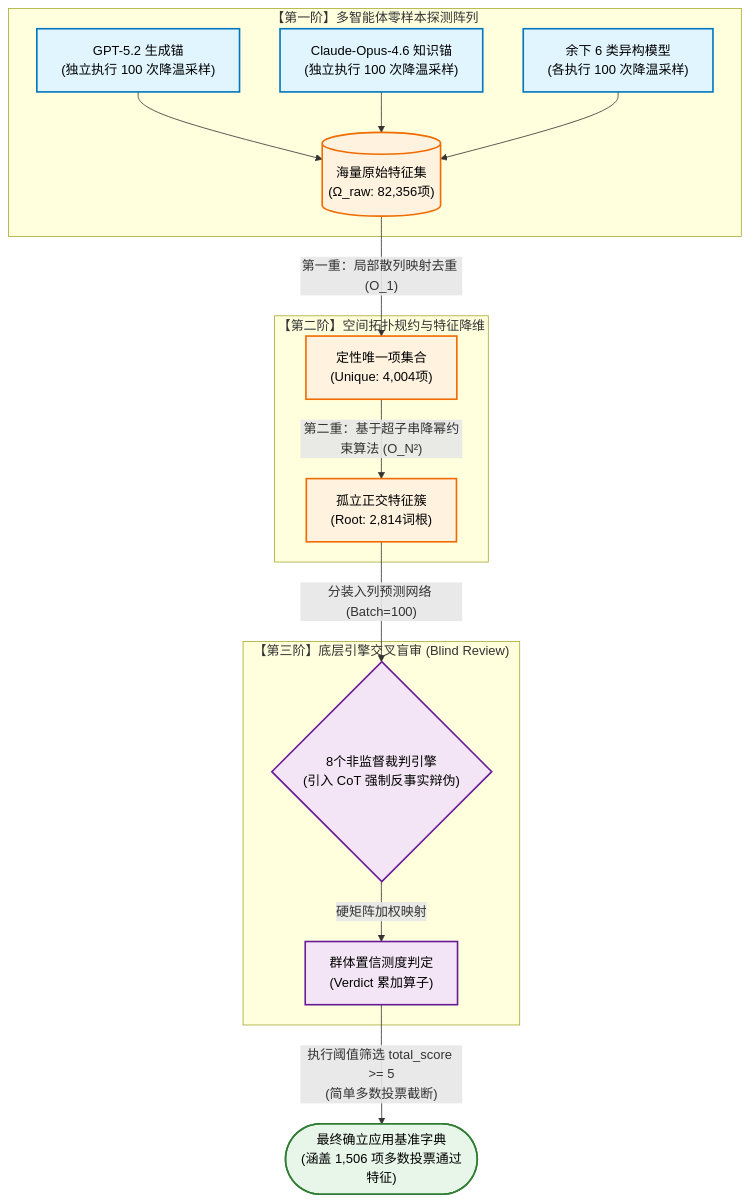
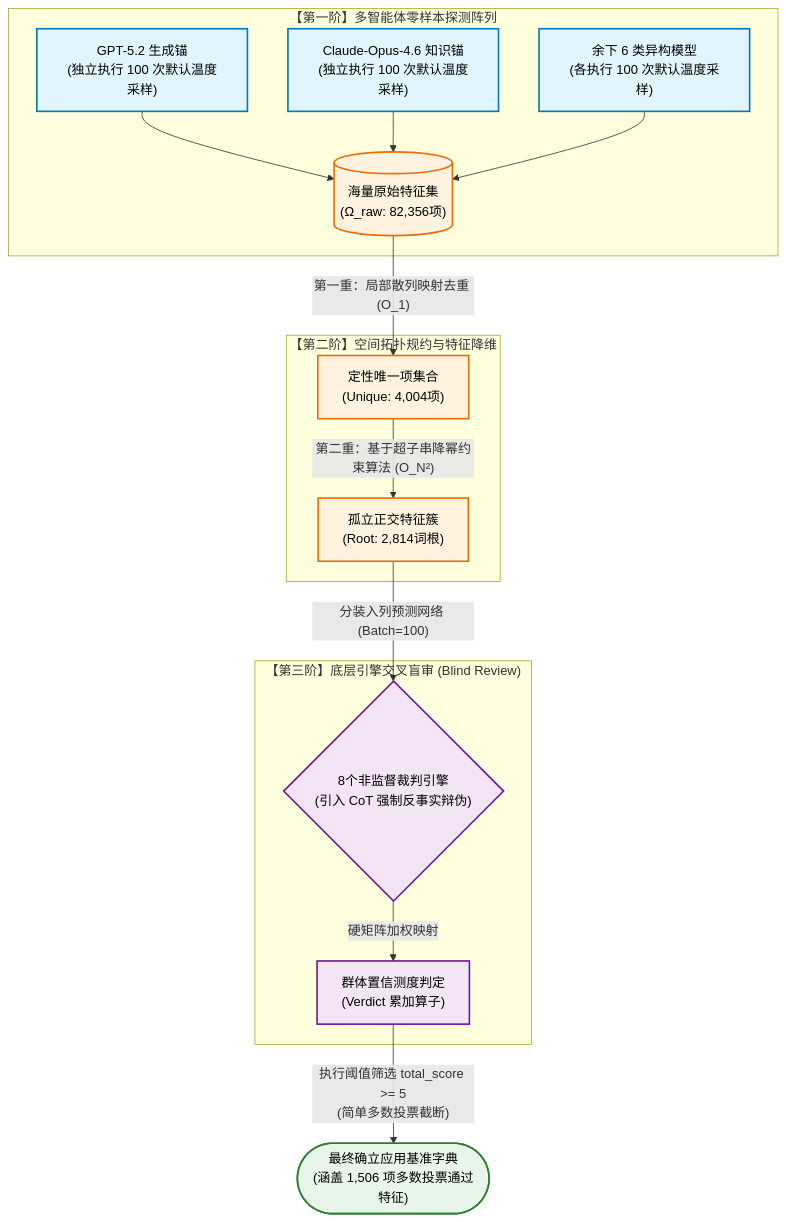
One commit to lizhenbimsa/data_antigravity_project changed the second of 3 diagrams in news_process/LLMs_for_FinTech_dic/FinTech_Dictionary_LLMs_Paper_Final.md. Above: the diagram before and after it, drawn with Mermaid. The commit also changed other lines of this file and 2 other files, not shown here.

First line of the commit message:
docs(litanchor): 第九补编终审收口 — 双轮多智能体评审 28 处整改 (2 P1 锚定 + 论文稿图文矛盾 + Kappa 方法论口径)

````diff
--- a/news_process/LLMs_for_FinTech_dic/FinTech_Dictionary_LLMs_Paper_Final.md
+++ b/news_process/LLMs_for_FinTech_dic/FinTech_Dictionary_LLMs_Paper_Final.md
@@ -174,30 +174,30 @@
 ```mermaid
 graph TD
     classDef sysNode fill:#E1F5FE,stroke:#0277BD,stroke-width:2px,color:#000
     classDef funNode fill:#FFF3E0,stroke:#EF6C00,stroke-width:2px,color:#000
     classDef checkNode fill:#F3E5F5,stroke:#6A1B9A,stroke-width:2px,color:#000
     classDef endNode fill:#E8F5E9,stroke:#2E7D32,stroke-width:2px,color:#000
 
     subgraph Phase_1 ["【第一阶】多智能体零样本探测阵列"]
-        M1["GPT-5.2 生成锚\n(独立执行 100 次降温采样)"]:::sysNode
-        M2["Claude-Opus-4.6 知识锚\n(独立执行 100 次降温采样)"]:::sysNode
-        M3["余下 6 类异构模型\n(各执行 100 次降温采样)"]:::sysNode
+        M1["GPT-5.2 生成锚\n(独立执行 100 次默认温度采样)"]:::sysNode
+        M2["Claude-Opus-4.6 知识锚\n(独立执行 100 次默认温度采样)"]:::sysNode
+        M3["余下 6 类异构模型\n(各执行 100 次默认温度采样)"]:::sysNode
         DB[("海量原始特征集\n(Ω_raw: 82,356项)")]:::funNode
         
         M1 --> DB
         M2 --> DB
         M3 --> DB
     end
 
     subgraph Phase_2 ["【第二阶】空间拓扑规约与特征降维"]
         DB -->|"第一重：局部散列映射去重 (O_1)"| U1["定性唯一项集合\n(Unique: 4,004项)"]:::funNode
         U1 -->|"第二重：基于超子串降幂约束算法 (O_N²)"| U2["孤立正交特征簇\n(Root: 2,814词根)"]:::funNode
     end
 
     subgraph Phase_3 ["【第三阶】底层引擎交叉盲审 (Blind Review)"]
         U2 -->|"分装入列预测网络 (Batch=100)"| REV1{"8个非监督裁判引擎\n(引入 CoT 强制反事实辩伪)"}:::checkNode
         REV1 -->|"硬矩阵加权映射"| REV2["群体置信测度判定\n(Verdict 累加算子)"]:::checkNode
     end
     
     REV2 -->|"执行阈值筛选 total_score >= 5\n(简单多数投票截断)"| FIN(["最终确立应用基准字典\n(涵盖 1,506 项多数投票通过特征)"]):::endNode
 ```
````
